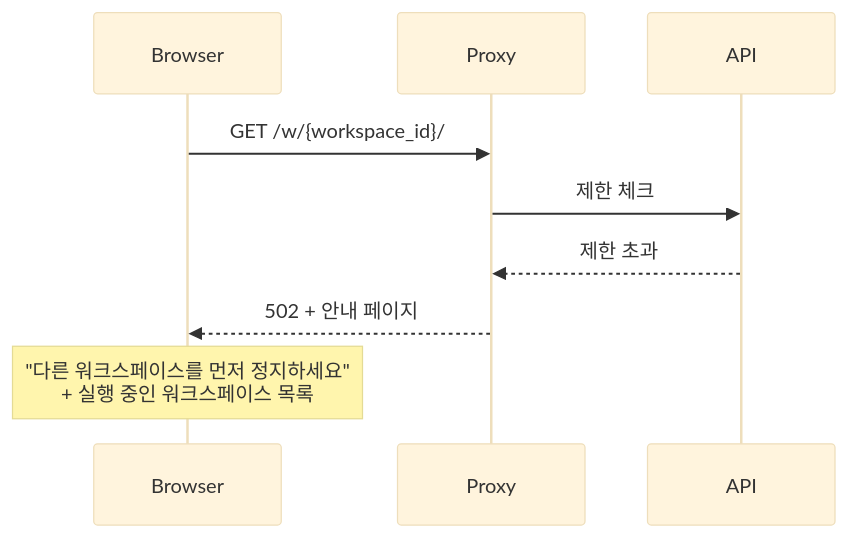
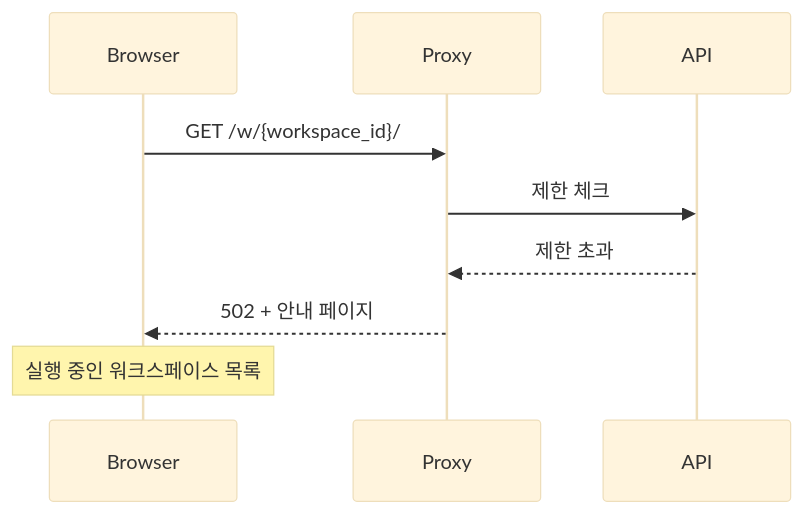
Before and after one commit to cagojeiger/code-hub: the first of 2 diagrams in docs/spec_v2/limits.md, drawn with Mermaid (base theme). The commit also changed other lines of this file and 14 other files, not shown here.

````diff
--- a/docs/spec_v2/limits.md
+++ b/docs/spec_v2/limits.md
@@ -74,13 +50,13 @@
 ```mermaid
 sequenceDiagram
     participant B as Browser
     participant P as Proxy
     participant API
 
     B->>P: GET /w/{workspace_id}/
     P->>API: 제한 체크
     API-->>P: 제한 초과
 
     P-->>B: 502 + 안내 페이지
-    Note over B: "다른 워크스페이스를 먼저 정지하세요"<br/>+ 실행 중인 워크스페이스 목록
+    Note over B: 실행 중인 워크스페이스 목록
 ```
````
